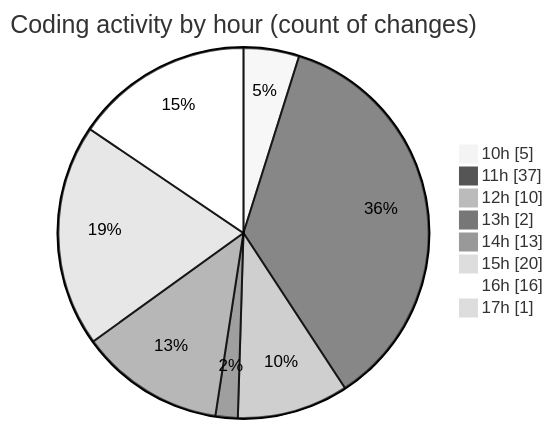
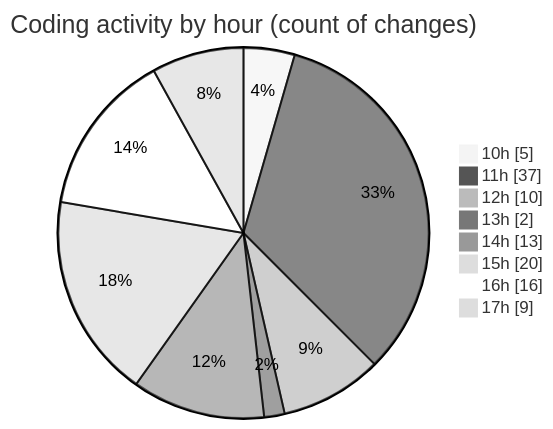
One commit to momahboobian/code-tracking changed the second of 2 diagrams in 2025-07-07/cda/README.md. Above: the diagram before and after it, drawn with Mermaid (neutral theme). The commit also changed other lines of this file and 1 other file, not shown here.

````diff
--- a/2025-07-07/cda/README.md
+++ b/2025-07-07/cda/README.md
@@ -46,12 +47,12 @@
 ```mermaid
 pie showData
 title Coding activity by hour (count of changes)
 "10h" : 5
 "11h" : 37
 "12h" : 10
 "13h" : 2
 "14h" : 13
 "15h" : 20
 "16h" : 16
-"17h" : 1
+"17h" : 9
 ```
````
